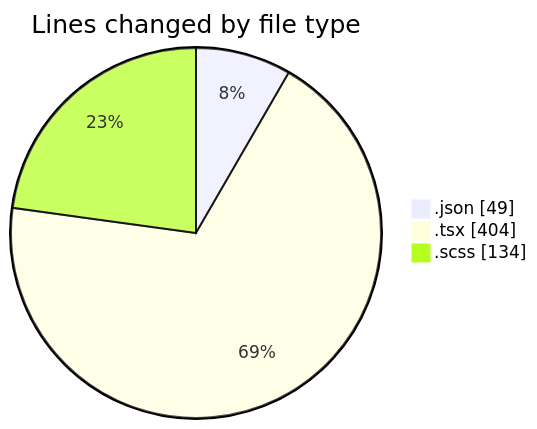
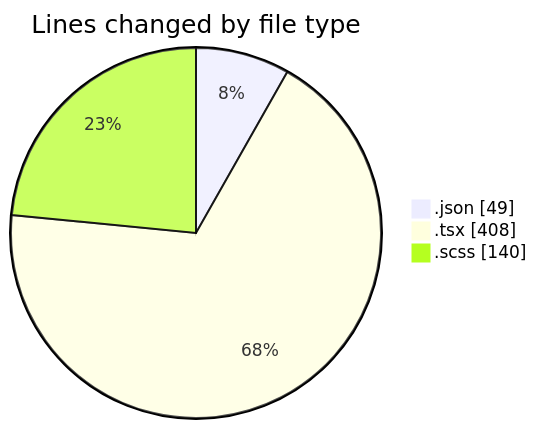
The first of 2 diagrams in 2025-08-20/cda/README.md (momahboobian/code-tracking), drawn with Mermaid before and after one commit. The commit also changed other lines of this file and 1 other file, not shown here.

````diff
--- a/2025-08-20/cda/README.md
+++ b/2025-08-20/cda/README.md
@@ -23,7 +23,7 @@
 ```mermaid
 pie showData
 title Lines changed by file type
 ".json" : 49
-".tsx" : 404
-".scss" : 134
+".tsx" : 408
+".scss" : 140
 ```
````
